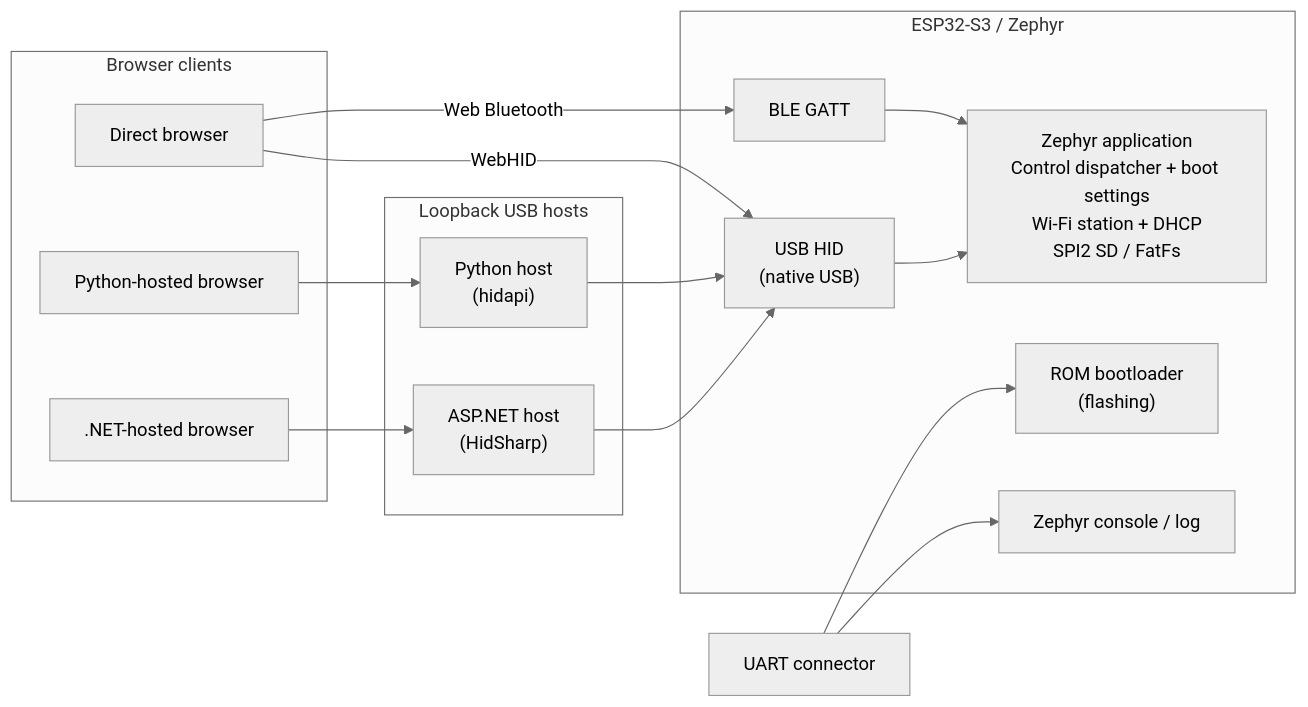
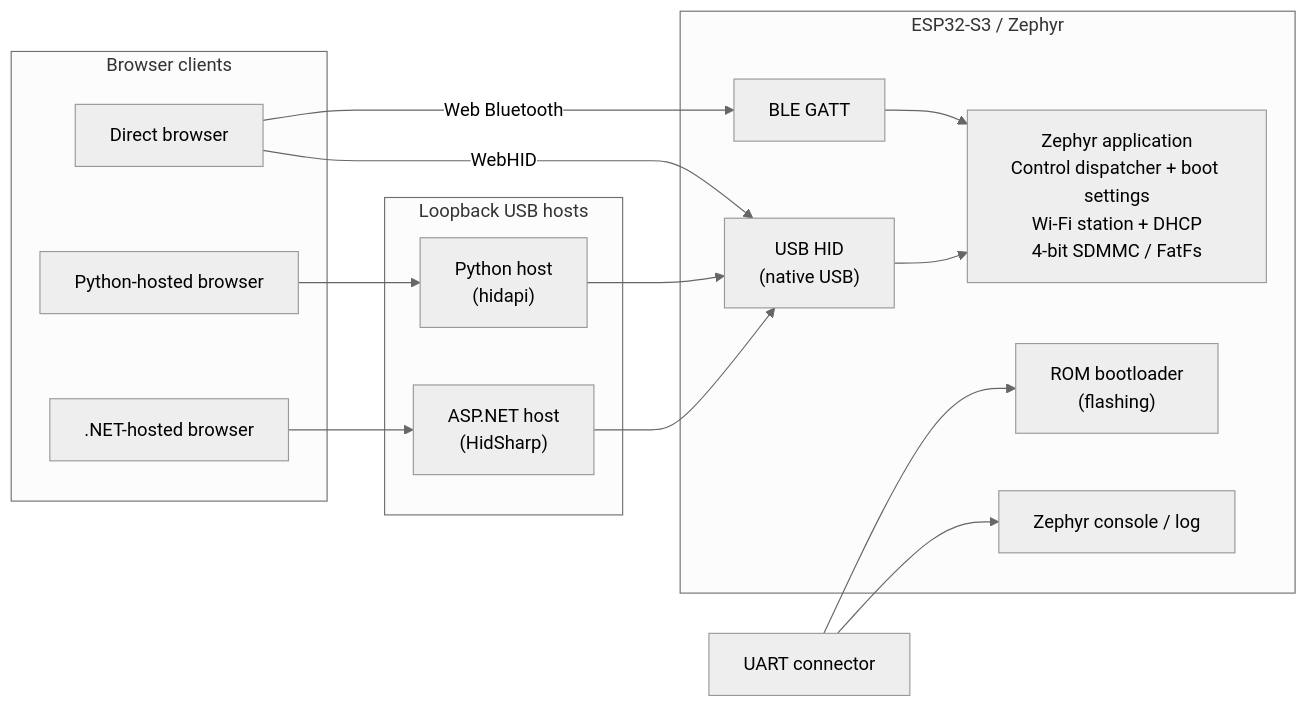
One commit to djwinter29-oss/ESPForge changed the diagram in docs/reference/architecture.md. Above: the diagram before and after it, drawn with Mermaid (neutral theme). The commit also changed 57 other files, not shown here.

````diff
--- a/docs/reference/architecture.md
+++ b/docs/reference/architecture.md
@@ -3,29 +3,29 @@
 ```mermaid
 flowchart LR
     subgraph Browsers["Browser clients"]
         Direct["Direct browser"]
         PythonBrowser["Python-hosted browser"]
         DotNetBrowser[".NET-hosted browser"]
     end
     subgraph Hosts["Loopback USB hosts"]
         PythonHost["Python host<br/>(hidapi)"]
         DotNetHost["ASP.NET host<br/>(HidSharp)"]
     end
     subgraph Device["ESP32-S3 / Zephyr"]
         USB["USB HID<br/>(native USB)"]
         BLE["BLE GATT"]
-        App["Zephyr application<br/>Control dispatcher + boot settings<br/>Wi-Fi station + DHCP<br/>SPI2 SD / FatFs"]
+        App["Zephyr application<br/>Control dispatcher + boot settings<br/>Wi-Fi station + DHCP<br/>4-bit SDMMC / FatFs"]
         Console["Zephyr console / log"]
         ROM["ROM bootloader<br/>(flashing)"]
     end
     UART["UART connector"]
 
     Direct -->|WebHID| USB
     PythonBrowser --> PythonHost --> USB
     DotNetBrowser --> DotNetHost --> USB
     Direct -->|Web Bluetooth| BLE
     USB --> App
     BLE --> App
     UART --> Console
     UART --> ROM
 ```
````
